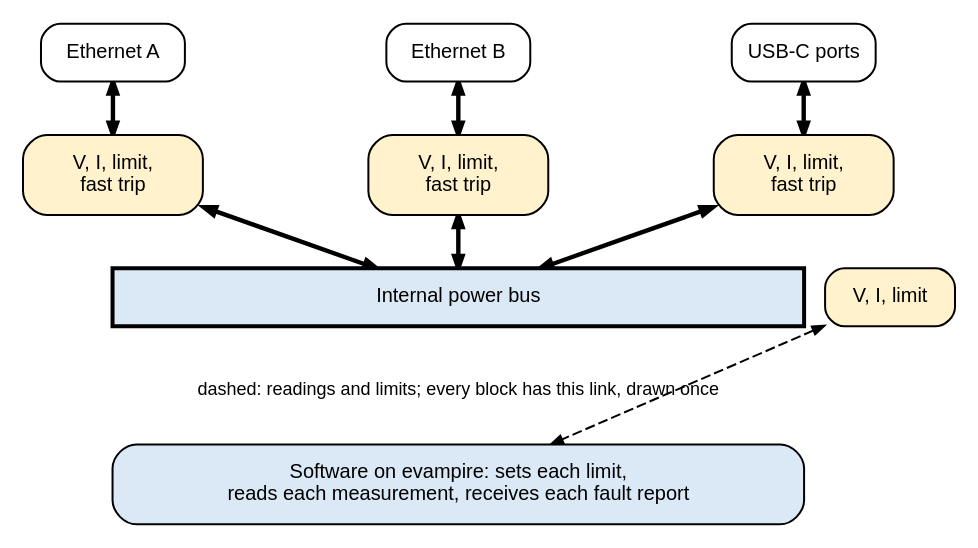
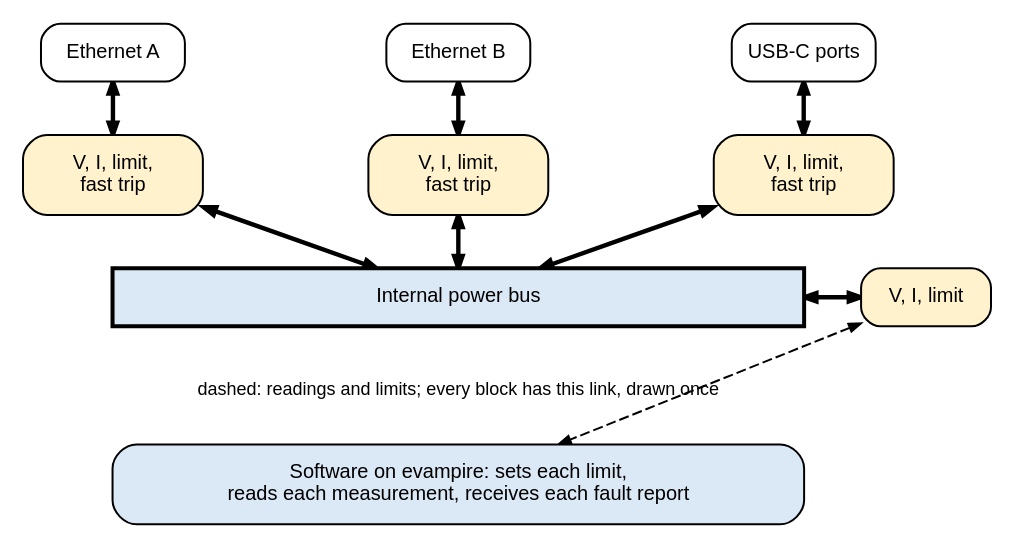
The diagram in docs/power/poe/measure-points.dot (mithro/evampire), drawn with Graphviz before and after one commit.

Commit message:
Connect the bus measurement block to the power bus

```diff
--- a/docs/power/poe/measure-points.dot
+++ b/docs/power/poe/measure-points.dot
@@ -1,37 +1,38 @@
 // The measurement and limit points on each power port and on the bus of
 // a full-design board. From monitoring.rst.
 //
 // Fill colours: ports #ffffff, measurement and limit blocks #fff2cc,
 // evampire and the bus #dbe8f5. Bold edges carry power, dashed edges
 // readings and limits. Fixed grid (positions in inches).
 //
 // SPDX-License-Identifier: Apache-2.0
 
 digraph measure_points {
     graph [layout=neato, splines=false, overlap=true, outputorder=edgesfirst,
            fontname="Helvetica"];
     node  [shape=box, style="rounded,filled", fillcolor="#fff2cc",
            fontname="Helvetica", fontsize=10, width=1.25, height=0.55,
            fixedsize=true];
     edge  [fontname="Helvetica", fontsize=9, arrowsize=0.6];
 
     bus [pos="3.6,2.0!", label="Internal power bus", width=4.8, height=0.4,
          fillcolor="#dbe8f5", style="filled,bold"];
-    mb  [pos="6.6,2.0!", label="V, I, limit", width=0.9, height=0.4];
+    mb  [pos="6.85,2.0!", label="V, I, limit", width=0.9, height=0.4];
     pa  [pos="1.2,3.7!", label="Ethernet A", fillcolor="#ffffff", width=1.0, height=0.4];
     pb  [pos="3.6,3.7!", label="Ethernet B", fillcolor="#ffffff", width=1.0, height=0.4];
     u1  [pos="6.0,3.7!", label="USB-C ports", fillcolor="#ffffff", width=1.0, height=0.4];
     ma  [pos="1.2,2.85!", label="V, I, limit,\nfast trip"];
     mb2 [pos="3.6,2.85!", label="V, I, limit,\nfast trip"];
     mu  [pos="6.0,2.85!", label="V, I, limit,\nfast trip"];
     sw  [pos="3.6,0.7!", label="Software on evampire: sets each limit,\nreads each measurement, receives each fault report",
          width=4.8, height=0.55, fillcolor="#dbe8f5"];
 
     pa -> ma [dir=both, penwidth=2.2]; ma -> bus [dir=both, penwidth=2.2];
     pb -> mb2 [dir=both, penwidth=2.2]; mb2 -> bus [dir=both, penwidth=2.2];
     u1 -> mu [dir=both, penwidth=2.2]; mu -> bus [dir=both, penwidth=2.2];
+    bus -> mb [dir=both, penwidth=2.2];
     mb -> sw [style=dashed, dir=both];
     bus -> sw [style=invis];
     n [pos="3.6,1.35!", shape=plaintext, style="", width=4.6, height=0.3,
        fontsize=9, label="dashed: readings and limits; every block has this link, drawn once"];
 }
```
